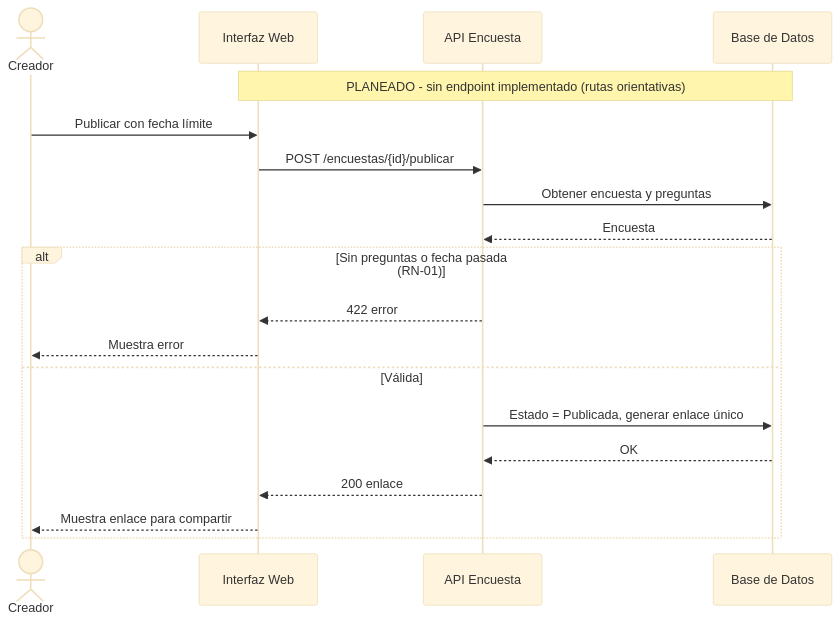
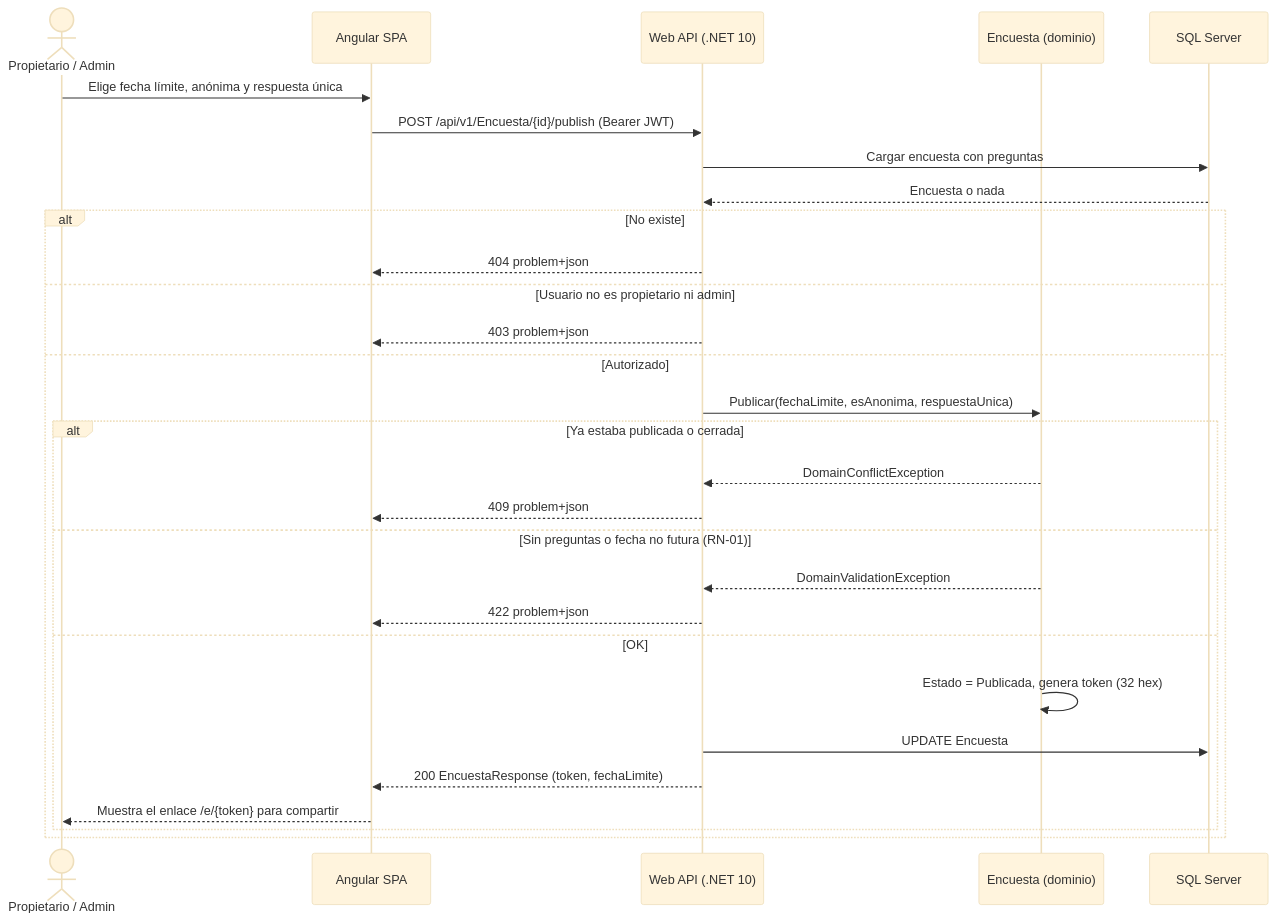
Before and after one commit to jhofran/Encuesta-Project-02: the diagram in docs/specs/functional/diagrams/02-publicar-encuesta.mmd, drawn with Mermaid (base theme). The commit also changed 46 other files, not shown here.

```diff
--- a/docs/specs/functional/diagrams/02-publicar-encuesta.mmd
+++ b/docs/specs/functional/diagrams/02-publicar-encuesta.mmd
@@ -1,19 +1,29 @@
 sequenceDiagram
-    actor C as Creador
-    participant UI as Interfaz Web
-    participant API as API Encuesta
-    participant DB as Base de Datos
-    Note over UI,DB: PLANEADO - sin endpoint implementado (rutas orientativas)
-    C->>UI: Publicar con fecha límite
-    UI->>API: POST /encuestas/{id}/publicar
-    API->>DB: Obtener encuesta y preguntas
-    DB-->>API: Encuesta
-    alt Sin preguntas o fecha pasada (RN-01)
-        API-->>UI: 422 error
-        UI-->>C: Muestra error
-    else Válida
-        API->>DB: Estado = Publicada, generar enlace único
-        DB-->>API: OK
-        API-->>UI: 200 enlace
-        UI-->>C: Muestra enlace para compartir
+    actor C as Propietario / Admin
+    participant UI as Angular SPA
+    participant API as Web API (.NET 10)
+    participant D as Encuesta (dominio)
+    participant DB as SQL Server
+    C->>UI: Elige fecha límite, anónima y respuesta única
+    UI->>API: POST /api/v1/Encuesta/{id}/publish (Bearer JWT)
+    API->>DB: Cargar encuesta con preguntas
+    DB-->>API: Encuesta o nada
+    alt No existe
+        API-->>UI: 404 problem+json
+    else Usuario no es propietario ni admin
+        API-->>UI: 403 problem+json
+    else Autorizado
+        API->>D: Publicar(fechaLimite, esAnonima, respuestaUnica)
+        alt Ya estaba publicada o cerrada
+            D-->>API: DomainConflictException
+            API-->>UI: 409 problem+json
+        else Sin preguntas o fecha no futura (RN-01)
+            D-->>API: DomainValidationException
+            API-->>UI: 422 problem+json
+        else OK
+            D->>D: Estado = Publicada, genera token (32 hex)
+            API->>DB: UPDATE Encuesta
+            API-->>UI: 200 EncuestaResponse (token, fechaLimite)
+            UI-->>C: Muestra el enlace /e/{token} para compartir
+        end
     end
```
